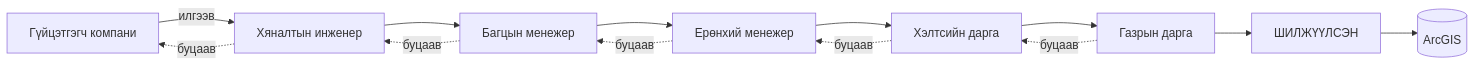
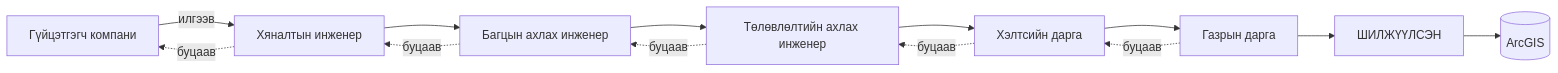
One commit to monmapgisteam-oss/Selbe_db changed the second of 2 diagrams in docs/system/05-erh-batlah.md. Above: the diagram before and after it, drawn with Mermaid. The commit also changed other lines of this file and 27 other files, not shown here.

Commit message:
feat: шатны нэр — «Багцын менежер» → «Багцын ахлах инженер», «Ерөнхий менежер» → «Төлөвлөлтийн ахлах инженер» (хадгалагдсан төлөвийн утга хэвээр)

````diff
--- a/docs/system/05-erh-batlah.md
+++ b/docs/system/05-erh-batlah.md
@@ -88,15 +88,15 @@
 ```mermaid
 flowchart LR
   G[Гүйцэтгэгч компани] -->|илгээв| E[Хяналтын инженер]
-  E --> M[Багцын менежер]
-  M --> D[Ерөнхий менежер]
+  E --> M[Багцын ахлах инженер]
+  M --> D[Төлөвлөлтийн ахлах инженер]
   D --> H[Хэлтсийн дарга]
   H --> C[Газрын дарга]
   C --> OK[ШИЛЖҮҮЛСЭН]
   OK --> A[(ArcGIS)]
   E -.буцаав.-> G
   M -.буцаав.-> E
   D -.буцаав.-> M
   H -.буцаав.-> D
   C -.буцаав.-> H
 ```
````
